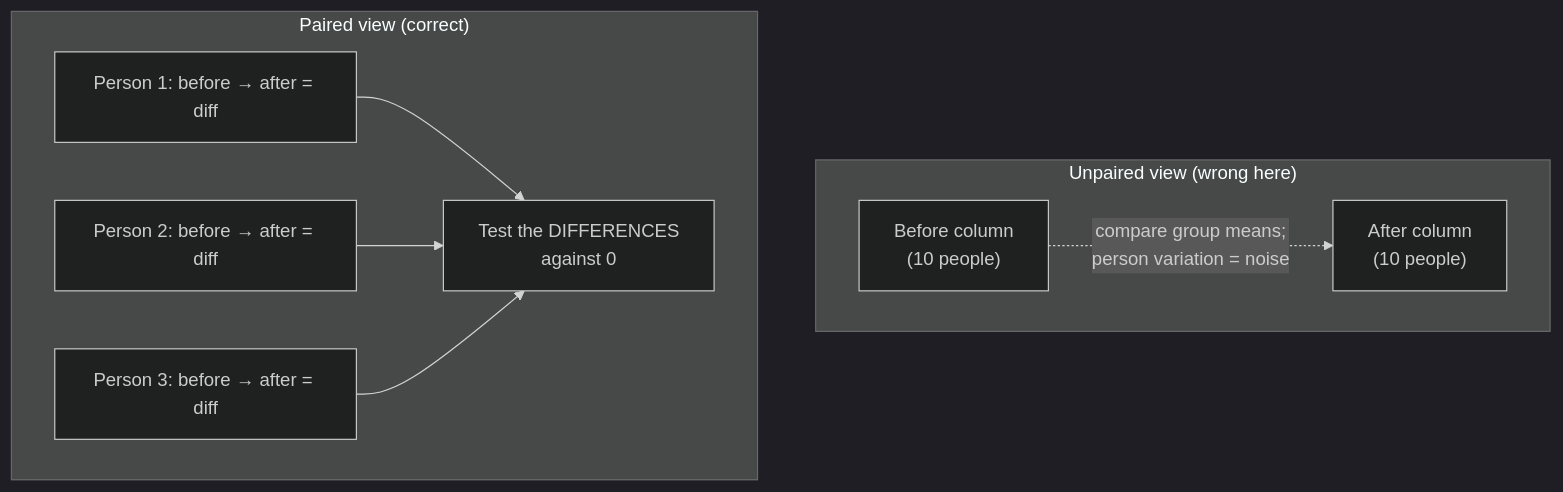
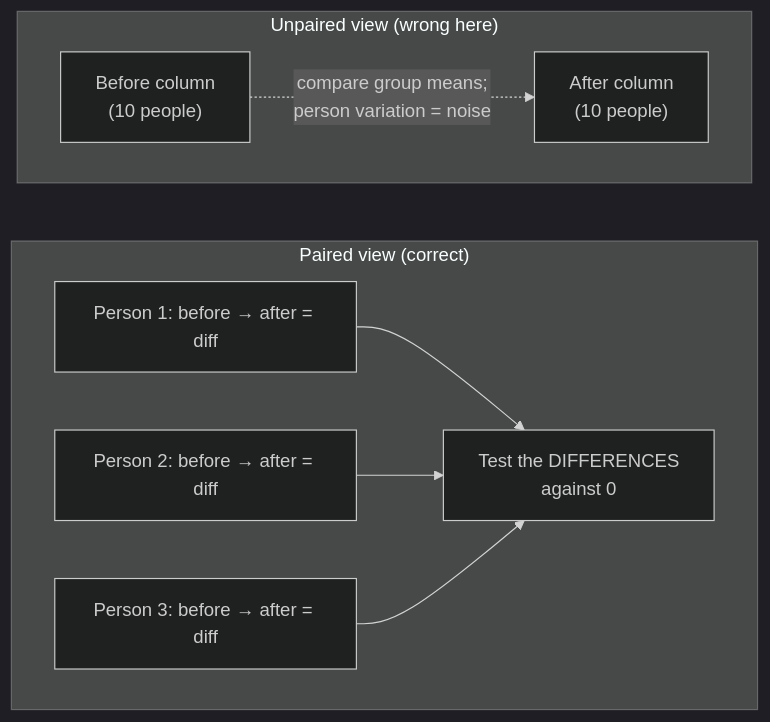
Before and after one commit to dataslope/dataslope: the third of 3 diagrams in content/courses/statistics-for-data-science-python/t-tests.mdx, drawn with Mermaid (dark theme). The commit also changed other lines of this file and 2180 other files, not shown here.

````diff
--- a/content/courses/statistics-for-data-science-python/t-tests.mdx
+++ b/content/courses/statistics-for-data-science-python/t-tests.mdx
@@ -358,16 +364,17 @@
 ```mermaid
 flowchart TD
   subgraph UNPAIRED["Unpaired view (wrong here)"]
     U1["Before column<br/>(10 people)"]
     U2["After column<br/>(10 people)"]
     U1 -. "compare group means;<br/>person variation = noise" .-> U2
   end
   subgraph PAIRED["Paired view (correct)"]
     P1["Person 1: before → after = diff"]
     P2["Person 2: before → after = diff"]
     P3["Person 3: before → after = diff"]
     P1 --> PD["Test the DIFFERENCES<br/>against 0"]
     P2 --> PD
     P3 --> PD
   end
+  UNPAIRED ~~~ PAIRED
 ```
````
